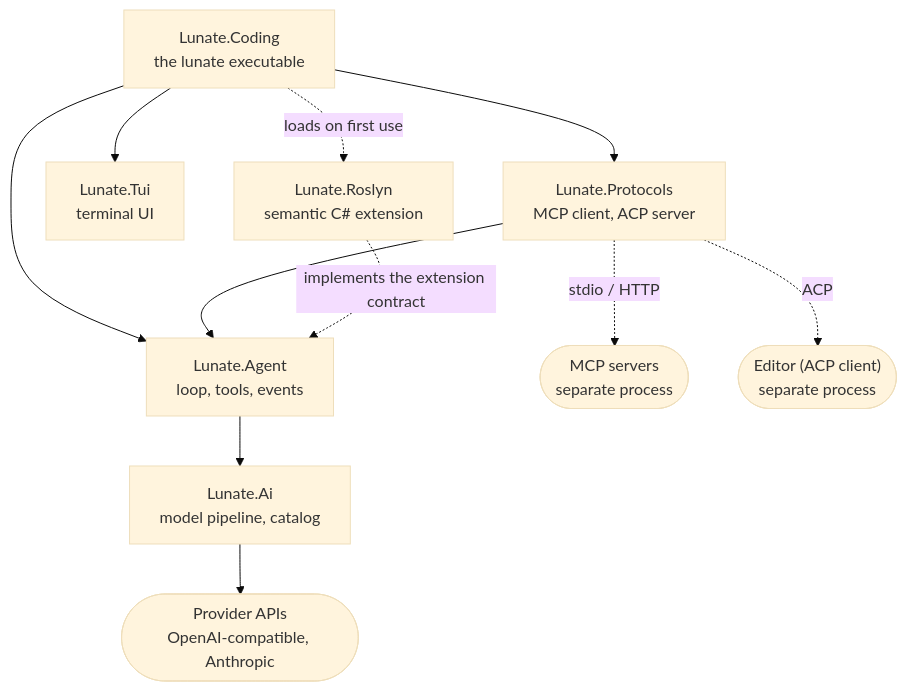
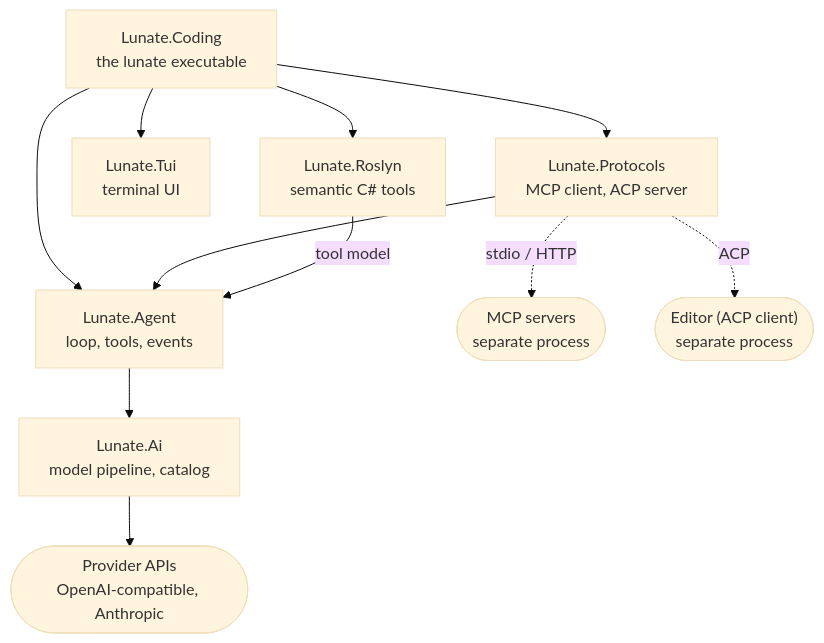
Before and after one commit to wdaniel1993/lunate: the first of 4 diagrams in docs/architecture.md, drawn with Mermaid (base theme). The commit also changed other lines of this file and 1 other file, not shown here.

Commit message:
docs(guide): the C# tools are host-composed today, not an extension
The positioning claim, the system map, the layout comment and the comparison table described Lunate.Roslyn as loaded through the extension contract. The composition root builds the five cs_* tools directly (HarnessFactory.AddCSharpTools) and Lunate.Roslyn references Lunate.Agent for the tool model. Corrected to the code; the audit (docs/eval/roslyn-surface-audit.md) records every gap. The claim returns when the migration closes them.

````diff
--- a/docs/architecture.md
+++ b/docs/architecture.md
@@ -7,13 +7,13 @@
 ```mermaid
 flowchart TD
     Coding["Lunate.Coding<br/>the lunate executable"] --> Agent["Lunate.Agent<br/>loop, tools, events"]
     Coding --> Protocols["Lunate.Protocols<br/>MCP client, ACP server"]
     Coding --> Tui["Lunate.Tui<br/>terminal UI"]
     Protocols --> Agent
     Agent --> Ai["Lunate.Ai<br/>model pipeline, catalog"]
-    Coding -. "loads on first use" .-> Roslyn["Lunate.Roslyn<br/>semantic C# extension"]
-    Roslyn -. "implements the extension contract" .-> Agent
+    Coding --> Roslyn["Lunate.Roslyn<br/>semantic C# tools"]
+    Roslyn -->|"tool model"| Agent
     Ai --> Providers(["Provider APIs<br/>OpenAI-compatible, Anthropic"])
     Protocols -. "stdio / HTTP" .-> Mcp(["MCP servers<br/>separate process"])
     Protocols -. "ACP" .-> Editor(["Editor (ACP client)<br/>separate process"])
 ```
````
